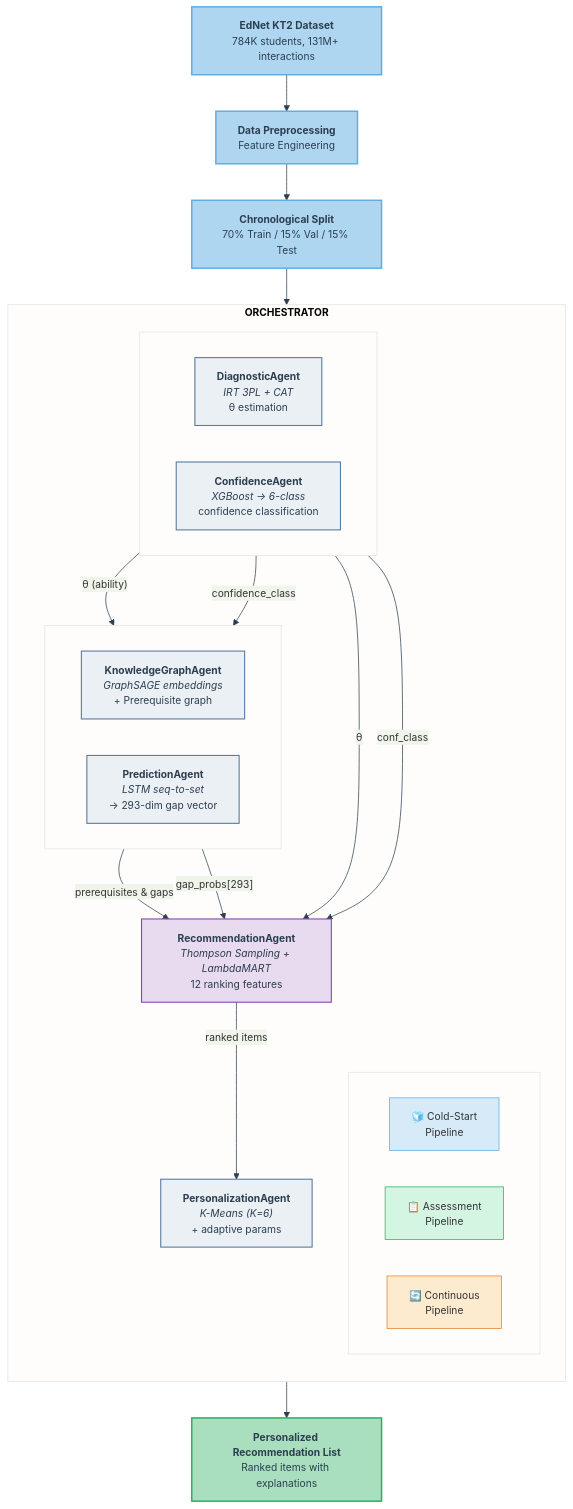
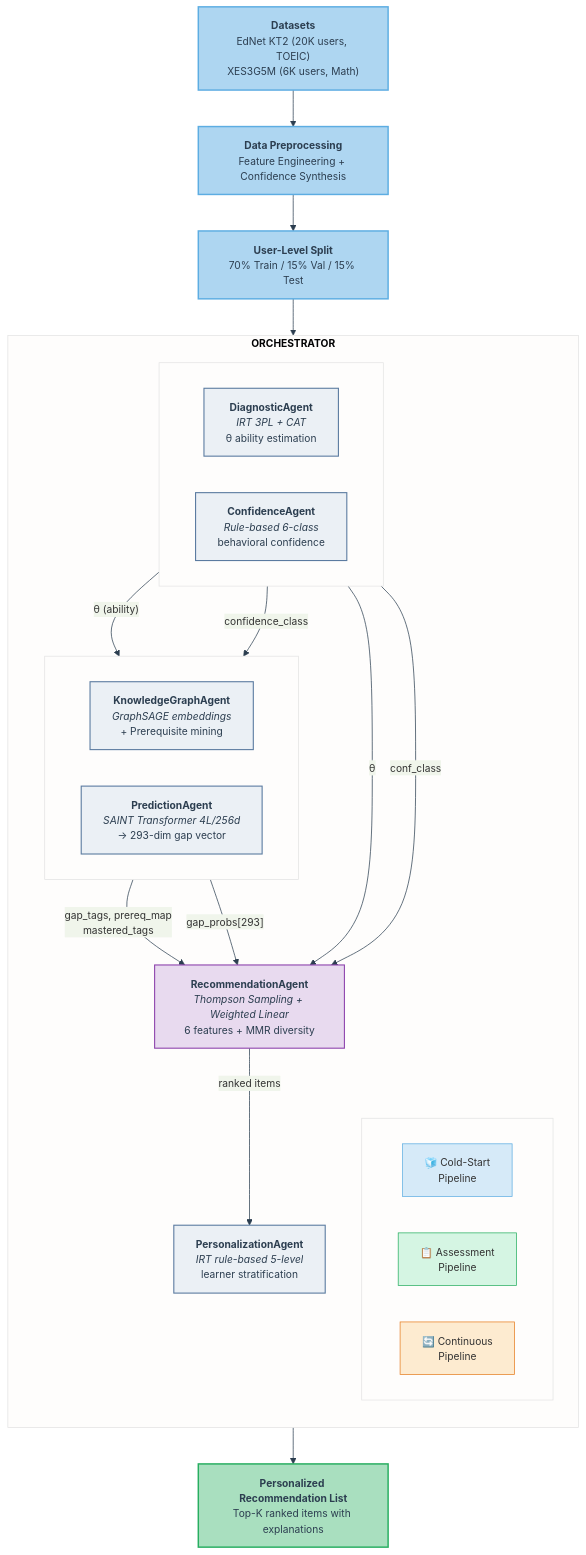
The diagram in diagrams/mars_architecture.mermaid (RAli2505/Rec-system), drawn with Mermaid before and after one commit. The commit also changed 74 other files, not shown here.

First line of the commit message:
xes3g5m without synthesis and all grafics

```diff
--- a/diagrams/mars_architecture.mermaid
+++ b/diagrams/mars_architecture.mermaid
@@ -1,72 +1,72 @@
 %%{init: {'theme': 'base', 'themeVariables': {
   'primaryColor': '#EBF0F5', 'primaryBorderColor': '#5B7BA0',
   'lineColor': '#2C3E50', 'textColor': '#2C3E50',
   'fontSize': '14px'
 }}}%%
 
 graph TD
     %% ── Input Layer ──────────────────────────────────
-    DS["<b>EdNet KT2 Dataset</b><br/>784K students, 131M+ interactions"]
-    PP["<b>Data Preprocessing</b><br/>Feature Engineering"]
-    SP["<b>Chronological Split</b><br/>70% Train / 15% Val / 15% Test"]
+    DS["<b>Datasets</b><br/>EdNet KT2 (20K users, TOEIC)<br/>XES3G5M (6K users, Math)"]
+    PP["<b>Data Preprocessing</b><br/>Feature Engineering + Confidence Synthesis"]
+    SP["<b>User-Level Split</b><br/>70% Train / 15% Val / 15% Test"]
 
     DS --> PP --> SP
 
     %% ── Orchestrator ────────────────────────────────
     subgraph ORCH ["<b>ORCHESTRATOR</b>"]
         direction TB
 
         subgraph PIPES [" "]
             direction LR
             P1["🧊 Cold-Start<br/>Pipeline"]
             P2["📋 Assessment<br/>Pipeline"]
             P3["🔄 Continuous<br/>Pipeline"]
         end
 
         subgraph ROW1 [" "]
             direction LR
-            DIAG["<b>DiagnosticAgent</b><br/><i>IRT 3PL + CAT</i><br/>θ estimation"]
-            CONF["<b>ConfidenceAgent</b><br/><i>XGBoost → 6-class</i><br/>confidence classification"]
+            DIAG["<b>DiagnosticAgent</b><br/><i>IRT 3PL + CAT</i><br/>θ ability estimation"]
+            CONF["<b>ConfidenceAgent</b><br/><i>Rule-based 6-class</i><br/>behavioral confidence"]
         end
 
         subgraph ROW2 [" "]
             direction LR
-            KG["<b>KnowledgeGraphAgent</b><br/><i>GraphSAGE embeddings</i><br/>+ Prerequisite graph"]
-            PRED["<b>PredictionAgent</b><br/><i>LSTM seq-to-set</i><br/>→ 293-dim gap vector"]
+            KG["<b>KnowledgeGraphAgent</b><br/><i>GraphSAGE embeddings</i><br/>+ Prerequisite mining"]
+            PRED["<b>PredictionAgent</b><br/><i>SAINT Transformer 4L/256d</i><br/>→ 293-dim gap vector"]
         end
 
-        REC["<b>RecommendationAgent</b><br/><i>Thompson Sampling + LambdaMART</i><br/>12 ranking features"]
-        PERS["<b>PersonalizationAgent</b><br/><i>K-Means (K=6)</i><br/>+ adaptive params"]
+        REC["<b>RecommendationAgent</b><br/><i>Thompson Sampling + Weighted Linear</i><br/>6 features + MMR diversity"]
+        PERS["<b>PersonalizationAgent</b><br/><i>IRT rule-based 5-level</i><br/>learner stratification"]
 
         %% ── Data flow arrows ──
         DIAG -->|"θ (ability)"| KG
         DIAG -->|"θ"| REC
         CONF -->|"confidence_class"| PRED
         CONF -->|"conf_class"| REC
-        KG -->|"prerequisites & gaps"| REC
+        KG -->|"gap_tags, prereq_map<br/>mastered_tags"| REC
         PRED -->|"gap_probs[293]"| REC
         REC -->|"ranked items"| PERS
     end
 
     SP --> ORCH
 
     %% ── Output Layer ────────────────────────────────
-    OUT["<b>Personalized Recommendation List</b><br/>Ranked items with explanations"]
+    OUT["<b>Personalized Recommendation List</b><br/>Top-K ranked items with explanations"]
     PERS --> OUT
 
     %% ── Styles ──────────────────────────────────────
     classDef inputBox fill:#AED6F1,stroke:#5DADE2,stroke-width:2px,color:#2C3E50
     classDef outputBox fill:#A9DFBF,stroke:#27AE60,stroke-width:2px,color:#2C3E50
     classDef agentBox fill:#EBF0F5,stroke:#5B7BA0,stroke-width:1.5px,color:#2C3E50
     classDef pipeCS fill:#D6EAF8,stroke:#5DADE2,stroke-width:1px
     classDef pipeAS fill:#D5F5E3,stroke:#27AE60,stroke-width:1px
     classDef pipeCT fill:#FDEBD0,stroke:#E67E22,stroke-width:1px
     classDef recBox fill:#E8DAEF,stroke:#8E44AD,stroke-width:1.5px,color:#2C3E50
 
     class DS,PP,SP inputBox
     class OUT outputBox
     class DIAG,CONF,KG,PRED,PERS agentBox
     class REC recBox
     class P1 pipeCS
     class P2 pipeAS
     class P3 pipeCT
```
